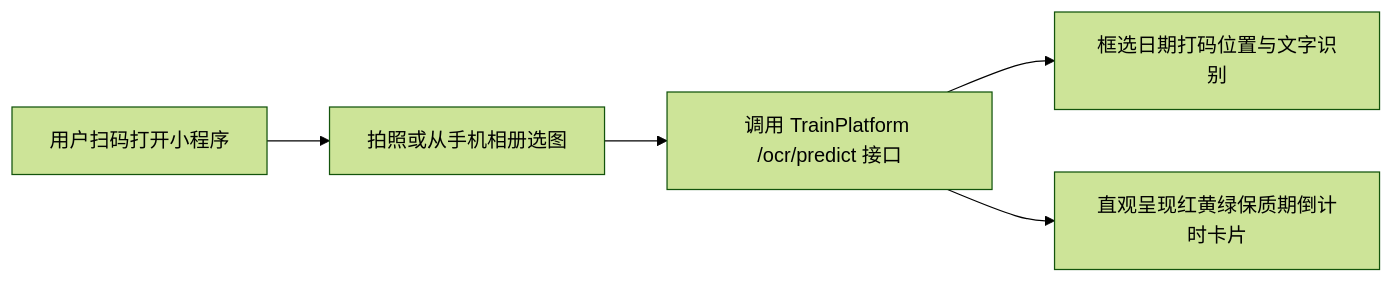
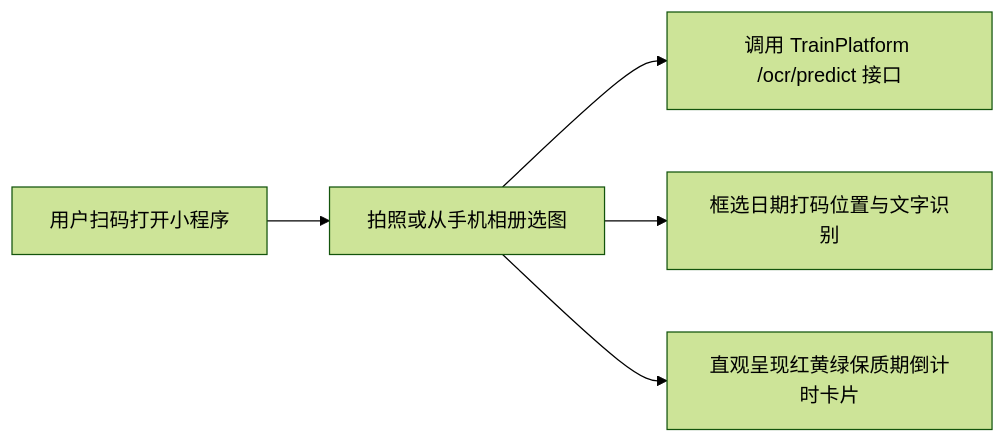
The diagram in README.md (QingMouFoodDate/WxClient), drawn with Mermaid (forest theme) before and after one commit. The commit also changed other lines of this file, not shown here.

````diff
--- a/README.md
+++ b/README.md
@@ -12,7 +12,7 @@
 ```mermaid
 flowchart LR
     A["用户扫码打开小程序"] --> B["拍照或从手机相册选图"]
     B --> C["调用 TrainPlatform /ocr/predict 接口"]
-    C --> D["框选日期打码位置与文字识别"]
-    C --> E["直观呈现红黄绿保质期倒计时卡片"]
+    B --> D["框选日期打码位置与文字识别"]
+    B --> E["直观呈现红黄绿保质期倒计时卡片"]
 ```
````
